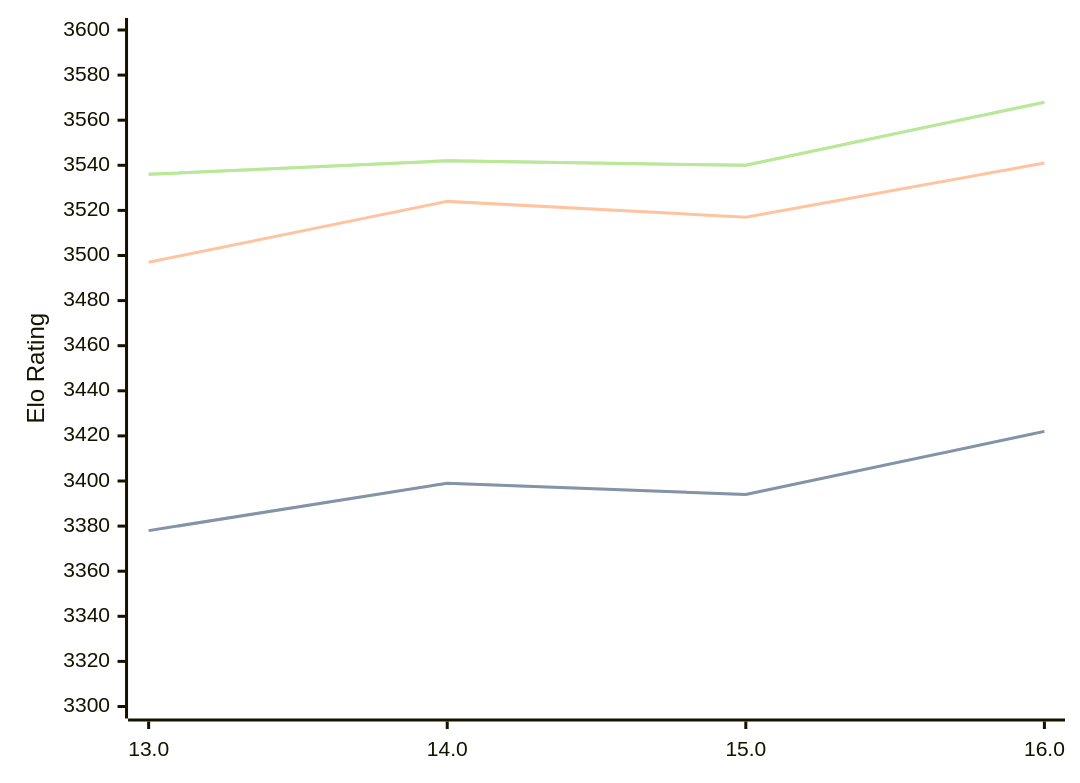
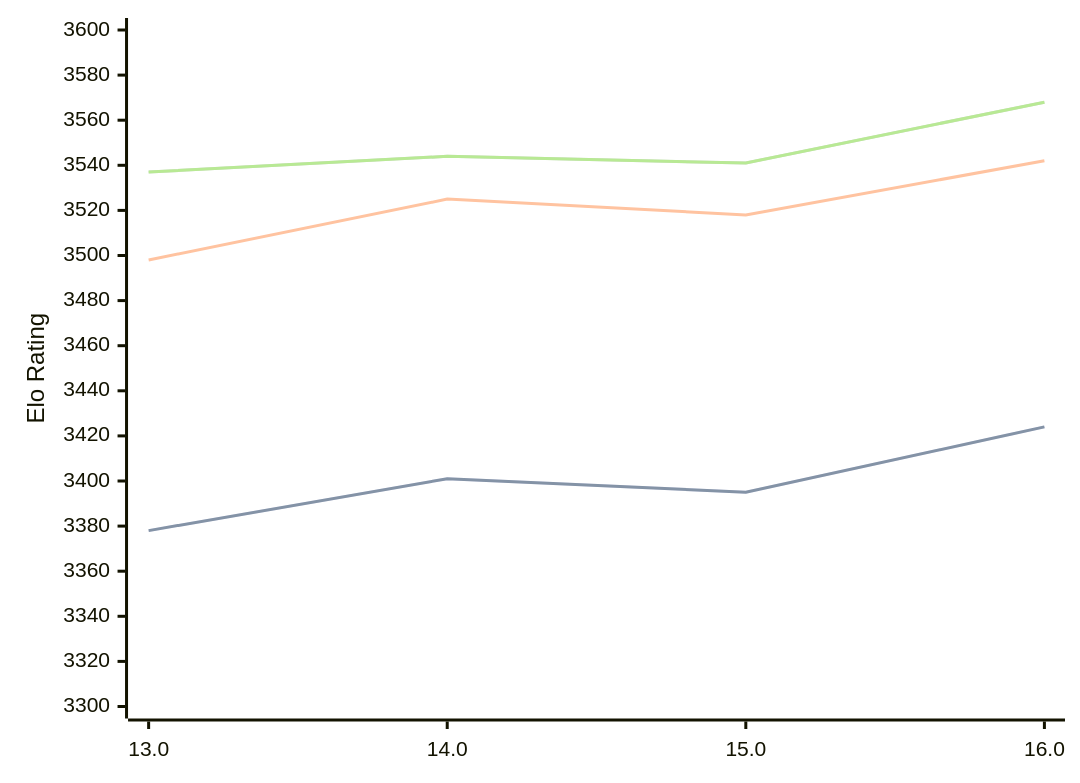
Before and after one commit to computer-chess-index/cci: the third of 3 diagrams in engines/Obsidian.md, drawn with Mermaid. The commit also changed other lines of this file, not shown here.

Commit message:
Update CCI Ratings (ELO VLTC) - 2026-06-23

````diff
--- a/engines/Obsidian.md
+++ b/engines/Obsidian.md
@@ -76,11 +76,11 @@
 ```mermaid
 %%{init: {"theme":"base","themeVariables":{"seriesColors:['#a3a3a3','#222221','#faa371']}}}%%
 xychart-beta
   x-axis ["13.0", "14.0", "15.0", "16.0"]
   y-axis "Elo Rating" 3300 --> 3600
-  line "STC (8.0+0.08s)" [3378, 3399, 3394, 3422]
-  line "STC (8.0+0.08s)" [3378, 3399, 3394, 3422]
-  line "LTC (60.0+0.60s)" [3497, 3524, 3517, 3541]
-  line "VLTC (2m24s+1.12s)" [3536, 3542, 3540, 3568]
-  line "VLTC (2m24s+1.12s)" [3536, 3542, 3540, 3568]
+  line "STC (8.0+0.08s)" [3378, 3401, 3395, 3424]
+  line "STC (8.0+0.08s)" [3378, 3401, 3395, 3424]
+  line "LTC (60.0+0.60s)" [3498, 3525, 3518, 3542]
+  line "VLTC (2m24s+1.12s)" [3537, 3544, 3541, 3568]
+  line "VLTC (2m24s+1.12s)" [3537, 3544, 3541, 3568]
 ```
````
